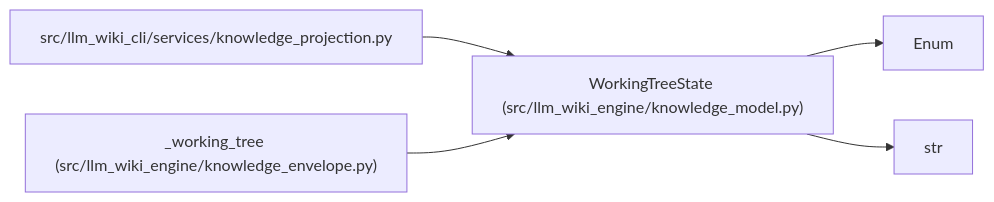
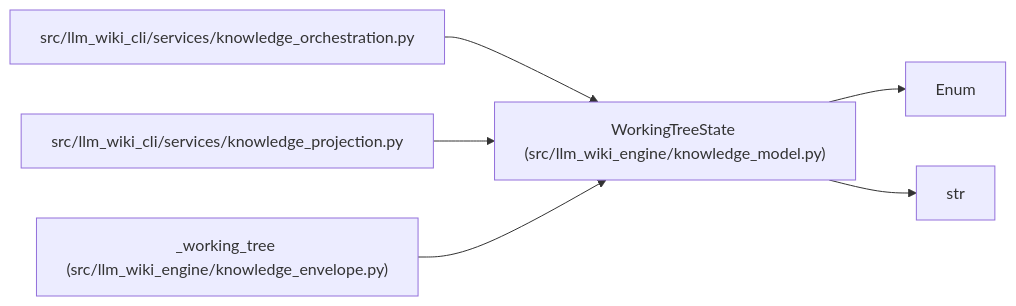
Before and after one commit to Denissvgn/python-wiki-llm: the diagram in docs/llm_wiki/entities/WorkingTreeState.md, drawn with Mermaid. The commit also changed other lines of this file and 725 other files, not shown here.

````diff
--- a/docs/llm_wiki/entities/WorkingTreeState.md
+++ b/docs/llm_wiki/entities/WorkingTreeState.md
@@ -27,15 +27,18 @@
 ```mermaid
 flowchart LR
     n0["WorkingTreeState (src/llm_wiki_engine/knowledge_model.py)"]
     n1["Enum"]
     n2["str"]
-    n3["src/llm_wiki_cli/services/knowledge_projection.py"]
-    n4["_working_tree (src/llm_wiki_engine/knowledge_envelope.py)"]
+    n3["src/llm_wiki_cli/services/knowledge_orchestration.py"]
+    n4["src/llm_wiki_cli/services/knowledge_projection.py"]
+    n5["_working_tree (src/llm_wiki_engine/knowledge_envelope.py)"]
     n0 --> n1
     n0 --> n2
     n3 --> n0
     n4 --> n0
+    n5 --> n0
     click n0 "../modules/knowledge_model.md"
-    click n3 "../modules/knowledge_projection.md"
-    click n4 "../modules/knowledge_envelope.md"
+    click n3 "../modules/knowledge_orchestration.md"
+    click n4 "../modules/knowledge_projection.md"
+    click n5 "../modules/knowledge_envelope.md"
 ```
````
